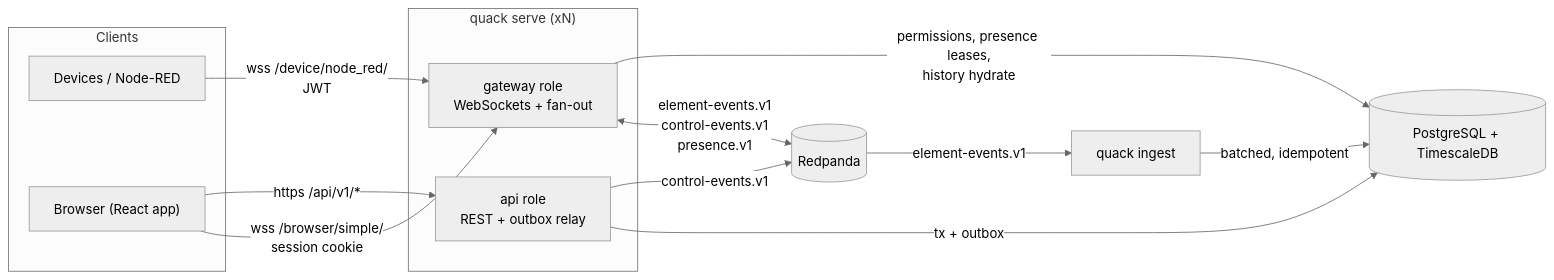
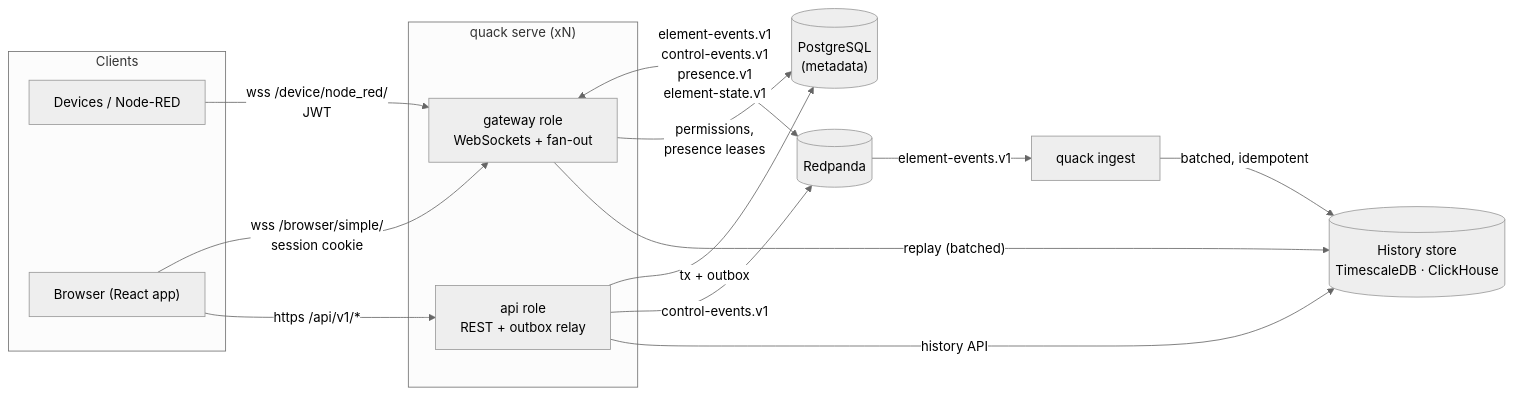
One commit to taha2samy-3/qauk-qauk changed the diagram in readme.md. Above: the diagram before and after it, drawn with Mermaid (neutral theme). The commit also changed other lines of this file and 1 other file, not shown here.

Commit message:
docs: add support for ClickHouse as an alternative history store backend

````diff
--- a/readme.md
+++ b/readme.md
@@ -55,20 +56,22 @@
 ```mermaid
 flowchart LR
   subgraph Clients
     D["Devices / Node-RED"]
     B["Browser (React app)"]
   end
   subgraph Q["quack serve (xN)"]
     API["api role<br/>REST + outbox relay"]
     GW["gateway role<br/>WebSockets + fan-out"]
   end
   D -- "wss /device/node_red/<br/>JWT" --> GW
   B -- "wss /browser/simple/<br/>session cookie" --> GW
   B -- "https /api/v1/*" --> API
-  API -- "tx + outbox" --> PG[("PostgreSQL + TimescaleDB")]
+  API -- "tx + outbox" --> PG[("PostgreSQL<br/>(metadata)")]
   API -- "control-events.v1" --> RP[("Redpanda")]
-  GW <-- "element-events.v1<br/>control-events.v1<br/>presence.v1" --> RP
-  GW -- "permissions, presence leases,<br/>history hydrate" --> PG
+  GW <-- "element-events.v1<br/>control-events.v1<br/>presence.v1<br/>element-state.v1" --> RP
+  GW -- "permissions,<br/>presence leases" --> PG
+  GW -- "replay (batched)" --> H
+  API -- "history API" --> H
   RP -- "element-events.v1" --> IN["quack ingest"]
-  IN -- "batched, idempotent" --> PG
+  IN -- "batched, idempotent" --> H[("History store<br/>TimescaleDB · ClickHouse")]
 ```
````
